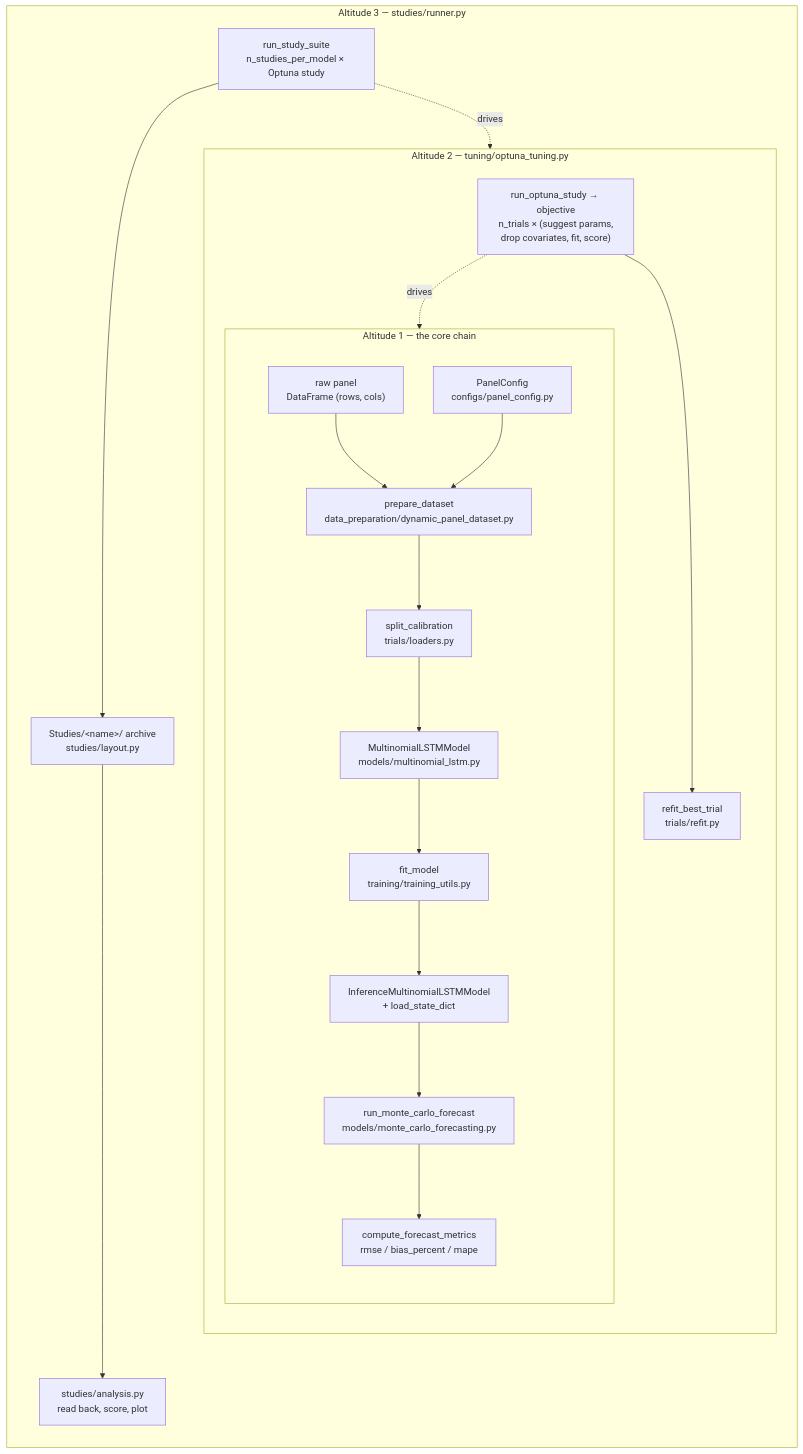
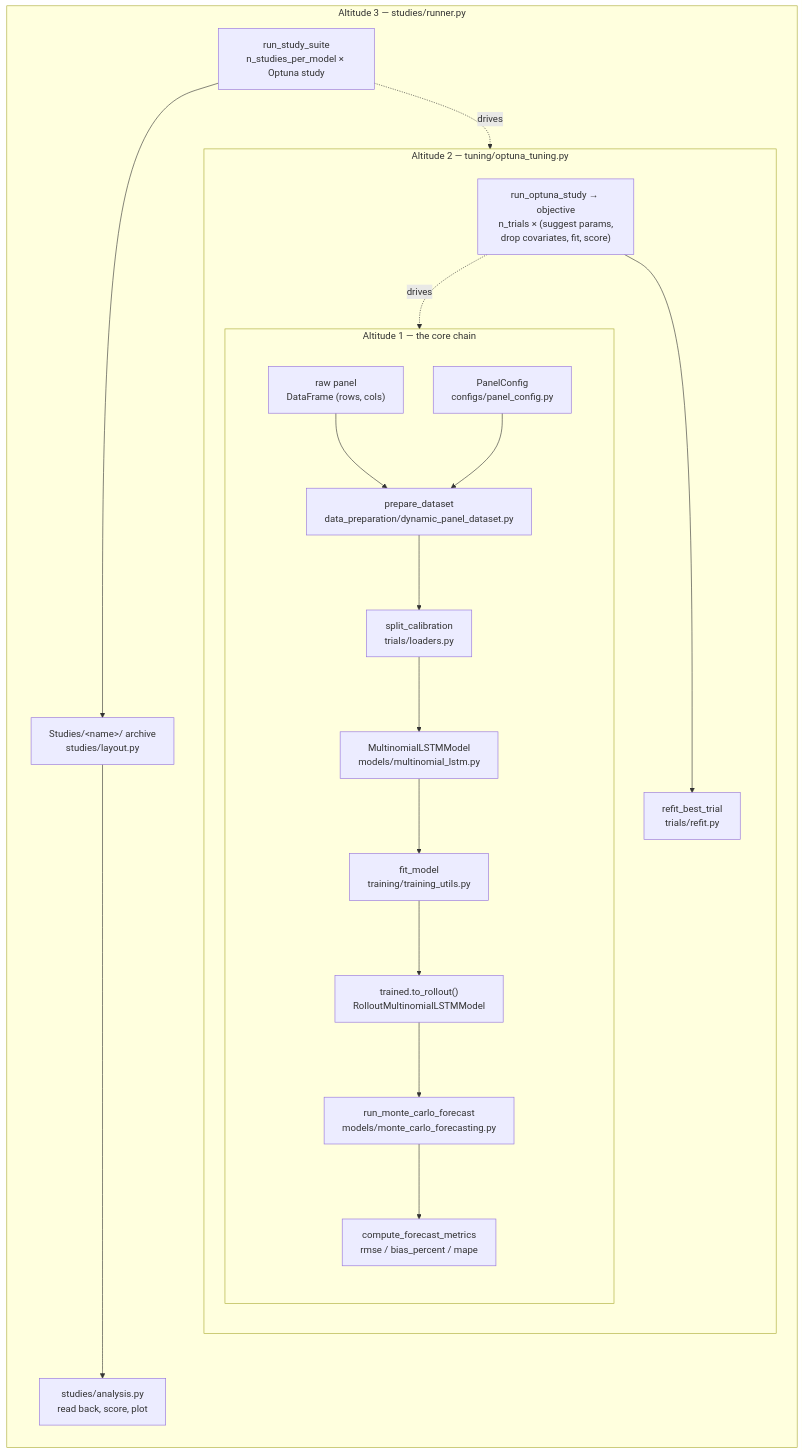
The first of 3 diagrams in docs/running-a-model.md (HuberPablo/panelclv), drawn with Mermaid before and after one commit. The commit also changed other lines of this file and 29 other files, not shown here.

````diff
--- a/docs/running-a-model.md
+++ b/docs/running-a-model.md
@@ -49,33 +49,33 @@
 ```mermaid
 flowchart TD
     subgraph A3["Altitude 3 — studies/runner.py"]
         direction TB
         subgraph A2["Altitude 2 — tuning/optuna_tuning.py"]
             direction TB
             subgraph A1["Altitude 1 — the core chain"]
                 direction TB
                 P["raw panel<br/>DataFrame (rows, cols)"]
                 C["PanelConfig<br/>configs/panel_config.py"]
                 D["prepare_dataset<br/>data_preparation/dynamic_panel_dataset.py"]
                 L["split_calibration<br/>trials/loaders.py"]
                 M["MultinomialLSTMModel<br/>models/multinomial_lstm.py"]
                 F["fit_model<br/>training/training_utils.py"]
-                I["InferenceMultinomialLSTMModel<br/>+ load_state_dict"]
+                I["trained.to_rollout()<br/>RolloutMultinomialLSTMModel"]
                 R["run_monte_carlo_forecast<br/>models/monte_carlo_forecasting.py"]
                 S["compute_forecast_metrics<br/>rmse / bias_percent / mape"]
                 P --> D
                 C --> D
                 D --> L --> M --> F --> I --> R --> S
             end
             O["run_optuna_study → objective<br/>n_trials × (suggest params,<br/>drop covariates, fit, score)"]
             W["refit_best_trial<br/>trials/refit.py"]
             O -.->|"drives"| A1
             O --> W
         end
         SS["run_study_suite<br/>n_studies_per_model × Optuna study"]
         AR["Studies/&lt;name&gt;/ archive<br/>studies/layout.py"]
         AN["studies/analysis.py<br/>read back, score, plot"]
         SS -.->|"drives"| A2
         SS --> AR --> AN
     end
 ```
````
